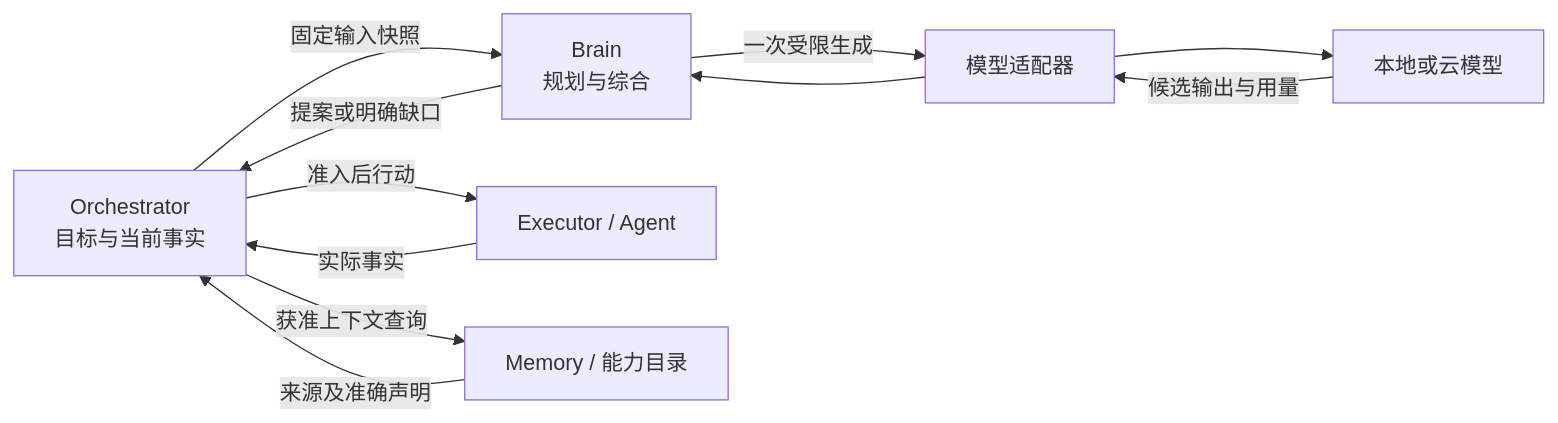
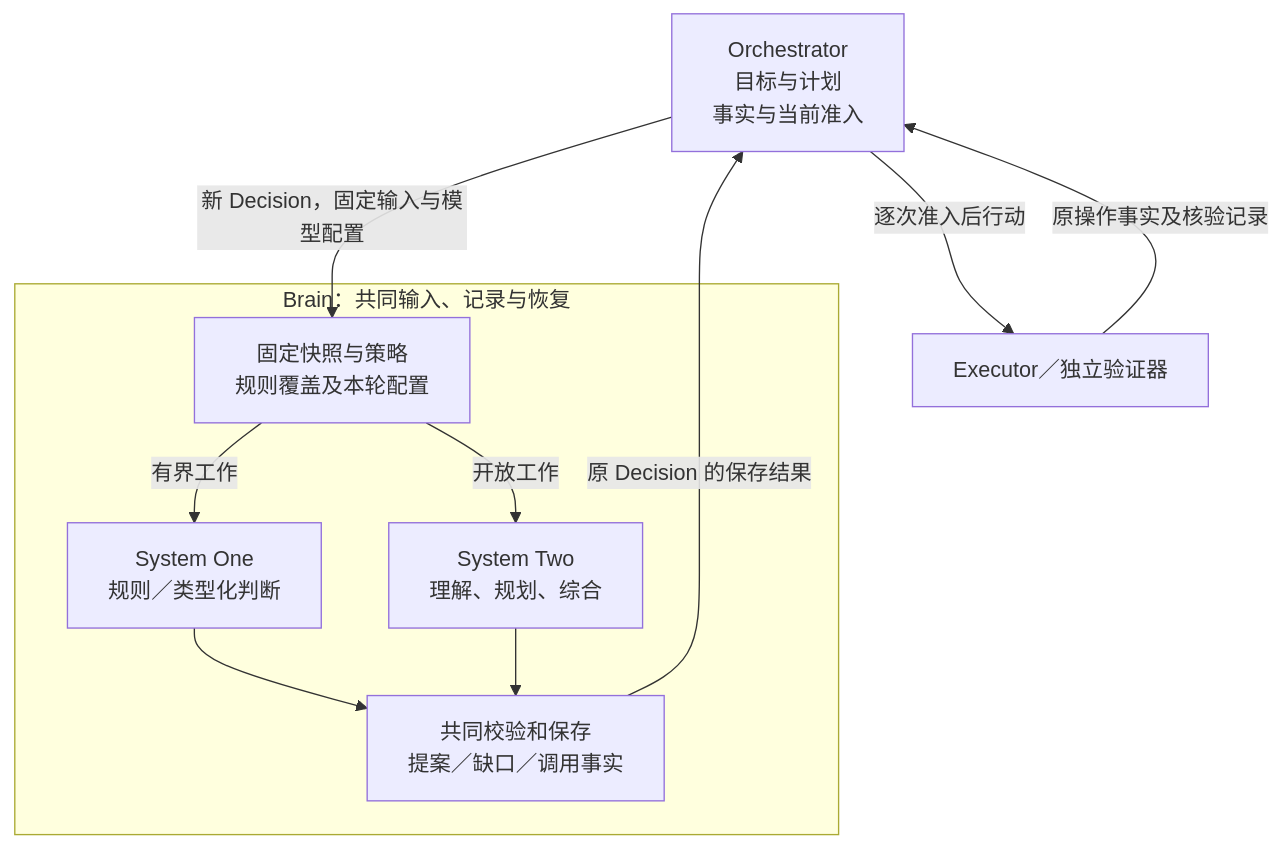
One commit to ruipengliu/lerna changed the diagram in docs/architecture/brain/README.md. Above: the diagram before and after it, drawn with Mermaid. The commit also changed other lines of this file and 64 other files, not shown here.

Commit message:
docs: refine brain architecture and model call analysis

````diff
--- a/docs/architecture/brain/README.md
+++ b/docs/architecture/brain/README.md
@@ -34,13 +33,18 @@
 ```mermaid
-flowchart LR
-    H[Orchestrator<br/>目标与当前事实] -->|固定输入快照| B[Brain<br/>规划与综合]
-    B -->|一次受限生成| A[模型适配器]
-    A --> P[本地或云模型]
-    P -->|候选输出与用量| A
-    A --> B
-    B -->|提案或明确缺口| H
-    H -->|准入后行动| E[Executor / Agent]
-    H -->|获准上下文查询| M[Memory / 能力目录]
-    E -->|实际事实| H
-    M -->|来源及准确声明| H
+flowchart TB
+    H[Orchestrator<br/>目标与计划<br/>事实与当前准入]
+    subgraph B[Brain：共同输入、记录与恢复]
+      P[固定快照与策略<br/>规则覆盖及本轮配置]
+      S1[System One<br/>规则／类型化判断]
+      S2[System Two<br/>理解、规划、综合]
+      V[共同校验和保存<br/>提案／缺口／调用事实]
+      P -->|有界工作| S1
+      P -->|开放工作| S2
+      S1 --> V
+      S2 --> V
+    end
+    H -->|新 Decision，固定输入与模型配置| P
+    V -->|原 Decision 的保存结果| H
+    H -->|逐次准入后行动| E[Executor／独立验证器]
+    E -->|原操作事实及核验记录| H
 ```
````
